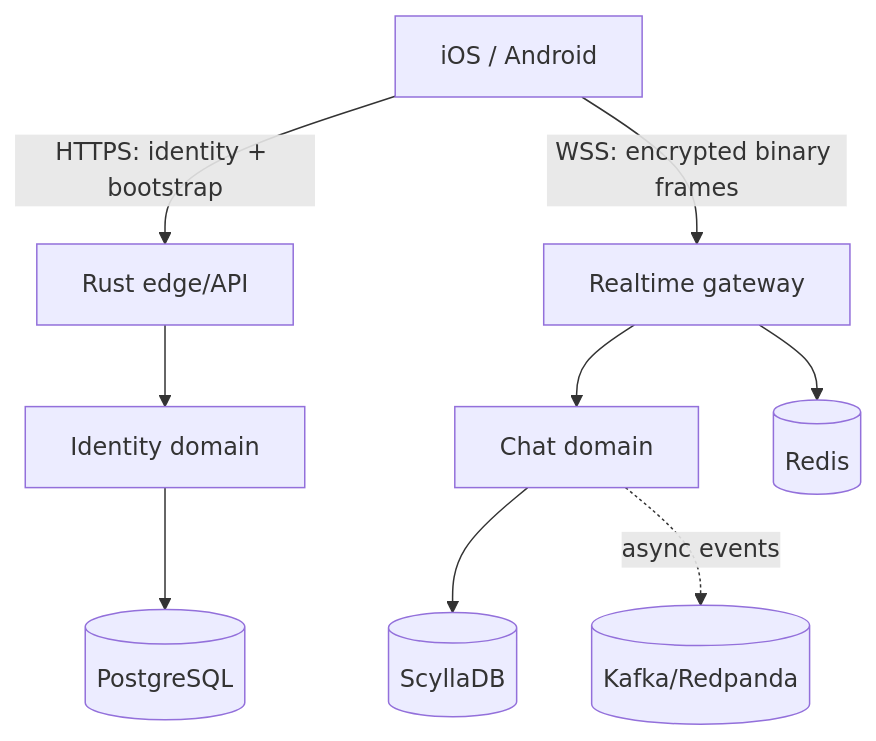
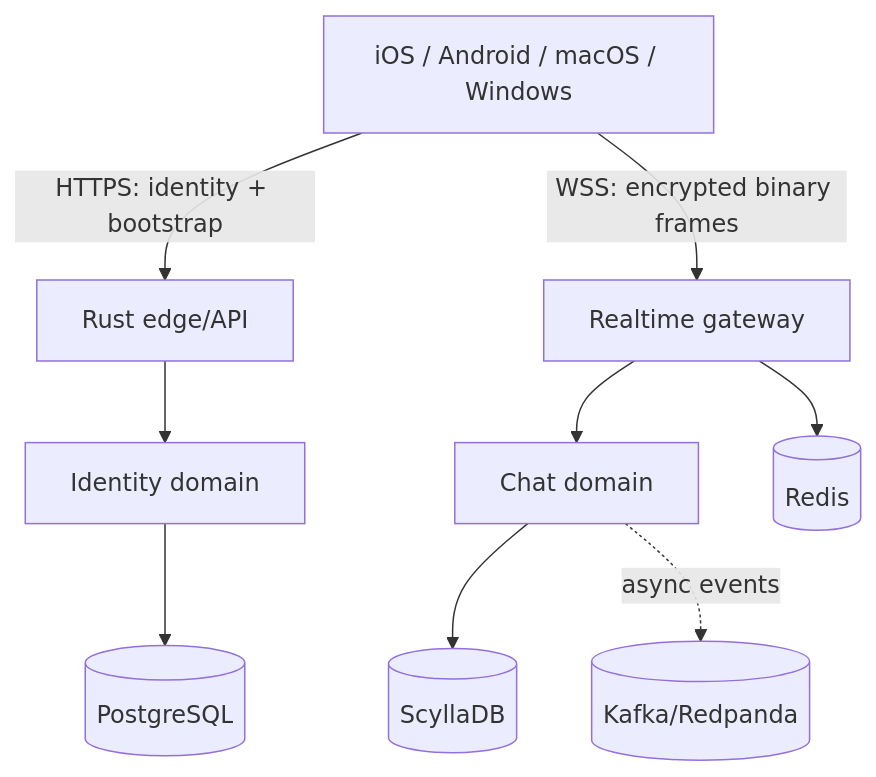
The diagram in README.md (TEKxAI/tektalk), drawn with Mermaid before and after one commit. The commit also changed other lines of this file and 43 other files, not shown here.

Commit message:
feat: add native Windows and macOS MVP clients

````diff
--- a/README.md
+++ b/README.md
@@ -28,11 +28,11 @@
 ```mermaid
 flowchart TB
-    M["iOS / Android"] -->|"HTTPS: identity + bootstrap"| E["Rust edge/API"]
+    M["iOS / Android / macOS / Windows"] -->|"HTTPS: identity + bootstrap"| E["Rust edge/API"]
     M -->|"WSS: encrypted binary frames"| G["Realtime gateway"]
     E --> I["Identity domain"]
     G --> C["Chat domain"]
     I --> P[(PostgreSQL)]
     C --> S[(ScyllaDB)]
     G --> R[(Redis)]
     C -. "async events" .-> K[(Kafka/Redpanda)]
 ```
````
